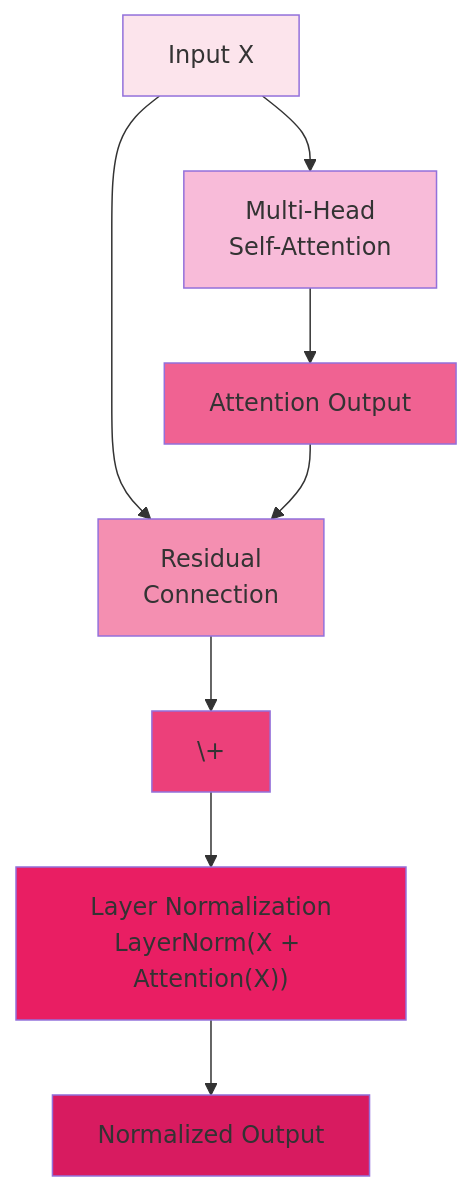
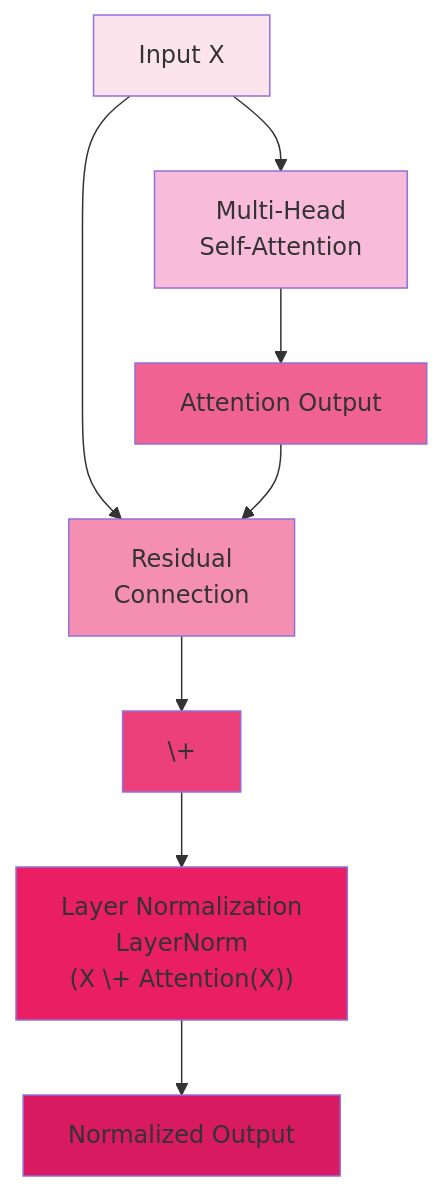
The fourth of 13 diagrams in C_3.md (Chaklader/movie_sentiment_analysis), drawn with Mermaid before and after one commit. The commit also changed other lines of this file, not shown here.

````diff
--- a/C_3.md
+++ b/C_3.md
@@ -2492,18 +2309,18 @@
 ```mermaid
 flowchart TD
     A["Input X"] --> B["Multi-Head<br/>Self-Attention"]
     A --> C["Residual<br/>Connection"]
     B --> D["Attention Output"]
     D --> C
     C --> E["\+"]
-    E --> F["Layer Normalization<br/>LayerNorm(X + Attention(X))"]
+    E --> F["Layer Normalization<br/>LayerNorm<br>(X \+ Attention(X))"]
     F --> G["Normalized Output"]
 
     style A fill:#FCE4EC
     style B fill:#F8BBD9
     style C fill:#F48FB1
     style D fill:#F06292
     style E fill:#EC407A
     style F fill:#E91E63
     style G fill:#D81B60
 ```
````
